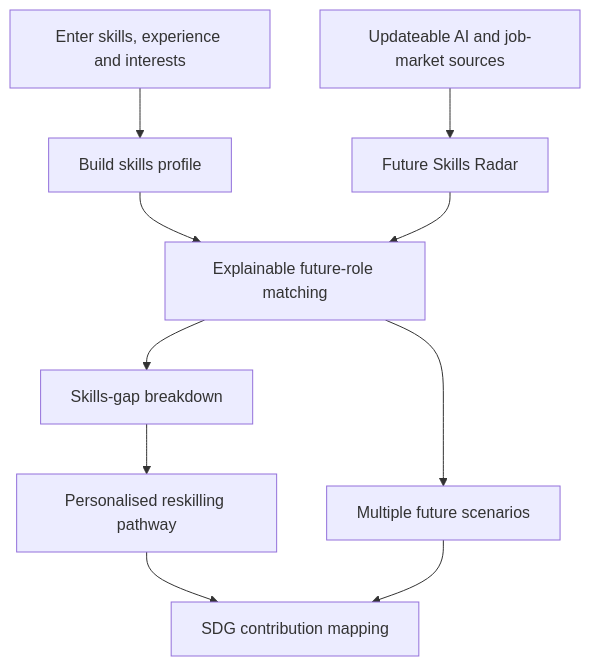
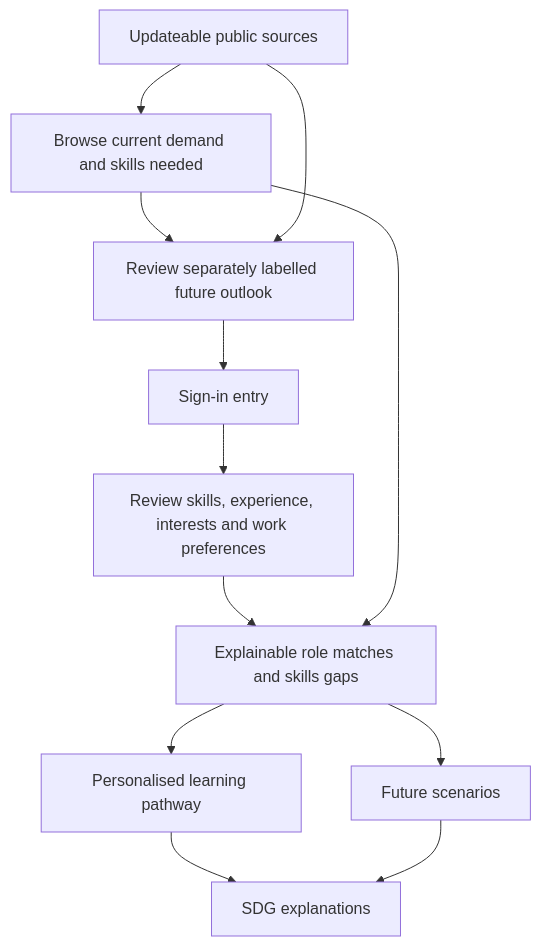
One commit to kairos8232/TomorrowWorks changed the diagram in README.md. Above: the diagram before and after it, drawn with Mermaid. The commit also changed other lines of this file and 3 other files, not shown here.

Commit message:
Plan public market first journey

````diff
--- a/README.md
+++ b/README.md
@@ -41,12 +41,14 @@
 ```mermaid
 flowchart TD
-    A[Enter skills, experience and interests] --> B[Build skills profile]
-    C[Updateable AI and job-market sources] --> D[Future Skills Radar]
-    B --> E[Explainable future-role matching]
-    D --> E
-    E --> F[Skills-gap breakdown]
-    F --> G[Personalised reskilling pathway]
-    E --> H[Multiple future scenarios]
-    G --> I[SDG contribution mapping]
+    A[Browse current demand and skills needed] --> B[Review separately labelled future outlook]
+    C[Updateable public sources] --> A
+    C --> B
+    B --> D[Sign-in entry]
+    D --> E[Review skills, experience, interests and work preferences]
+    E --> F[Explainable role matches and skills gaps]
+    A --> F
+    F --> G[Personalised learning pathway]
+    F --> H[Future scenarios]
+    G --> I[SDG explanations]
     H --> I
 ```
````
